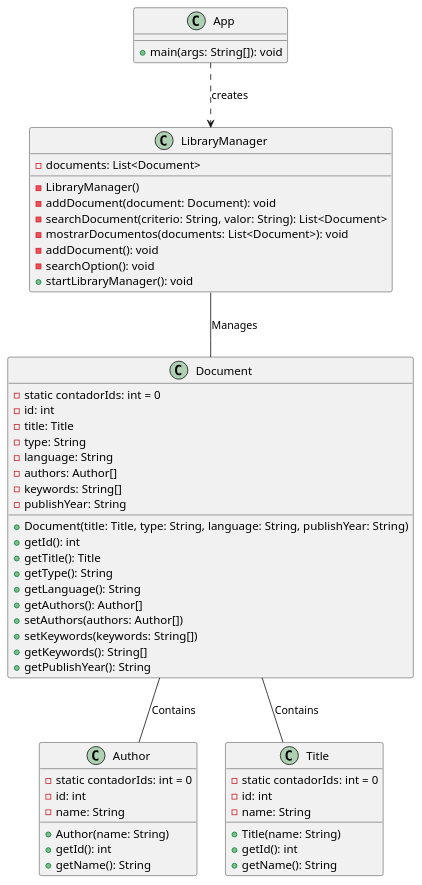
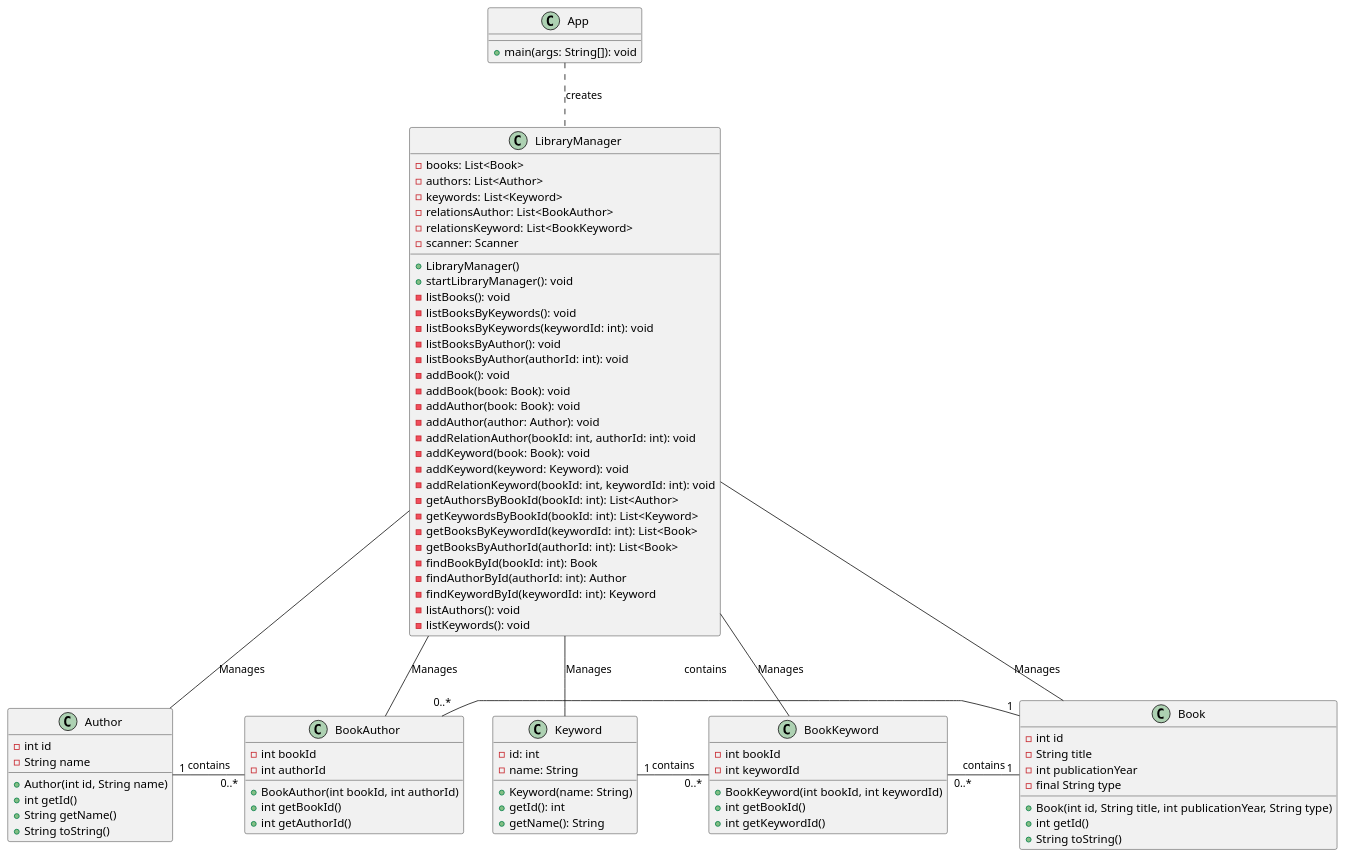
Before and after one commit to mmasias/23-24-eda2-ep: the diagram in entregas/saraPatino/parcial/src/modelo.puml, drawn with PlantUML. The commit also changed 1 other file, not shown here.

Commit message:
changes in plantuml

```diff
--- a/entregas/saraPatino/parcial/src/modelo.puml
+++ b/entregas/saraPatino/parcial/src/modelo.puml
@@ -1,64 +1,98 @@
 @startuml
-Document --  Author: Contains
-Document -- Title: Contains
-LibraryManager --  Document: Manages
-App ..> LibraryManager : creates
+LibraryManager --  Author: Manages
+LibraryManager -- Book: Manages
+LibraryManager --  Keyword: Manages
+LibraryManager --  BookKeyword: Manages
+LibraryManager --  BookAuthor: Manages
+App .. LibraryManager : creates
+Book "1" -l- "0..*" BookAuthor : contains
+Book "1" -l- "0..*" BookKeyword : contains
+Author "1" --r- "0..*" BookAuthor : contains
+Keyword"1" --r- "0..*" BookKeyword : contains
 
-class Title {
-        - static contadorIds: int = 0
+
+
+class Author {
+        -int id
+        -String name
+        +Author(int id, String name)
+        +int getId()
+        +String getName()
+        +String toString()
+    }
+
+class Keyword{
         - id: int
         - name: String
 
-        + Title(name: String)
+        + Keyword(name: String)
         + getId(): int
         + getName(): String
     }
 
-class Author {
-        - static contadorIds: int = 0
-        - id: int
-        - name: String
-
-        + Author(name: String)
-        + getId(): int
-        + getName(): String
+class BookAuthor {
+        -int bookId
+        -int authorId
+        +BookAuthor(int bookId, int authorId)
+        +int getBookId()
+        +int getAuthorId()
     }
 
-class Document {
-        - static contadorIds: int = 0
-        - id: int
-        - title: Title
-        - type: String
-        - language: String
-        - authors: Author[]
-        - keywords: String[]
-        - publishYear: String
-
-        + Document(title: Title, type: String, language: String, publishYear: String)
-        + getId(): int
-        + getTitle(): Title
-        + getType(): String
-        + getLanguage(): String
-        + getAuthors(): Author[]
-        + setAuthors(authors: Author[])
-        + setKeywords(keywords: String[])
-        + getKeywords(): String[]
-        + getPublishYear(): String
+class Book {
+        -int id
+        -String title
+        -int publicationYear
+        -final String type
+        +Book(int id, String title, int publicationYear, String type)
+        +int getId()
+        +String toString()
     }
 
+class BookKeyword {
+        -int bookId
+        -int keywordId
+        +BookKeyword(int bookId, int keywordId)
+        +int getBookId()
+        +int getKeywordId()
+    }
+
+
+
 class LibraryManager {
-        - documents: List<Document>
+        - books: List<Book>
+        - authors: List<Author>
+        - keywords: List<Keyword>
+        - relationsAuthor: List<BookAuthor>
+        - relationsKeyword: List<BookKeyword>
+        - scanner: Scanner
 
-        - LibraryManager()
-        - addDocument(document: Document): void
-        - searchDocument(criterio: String, valor: String): List<Document>
-        - mostrarDocumentos(documents: List<Document>): void
-        - addDocument(): void
-        - searchOption(): void
+        + LibraryManager()
         + startLibraryManager(): void
+        - listBooks(): void
+        - listBooksByKeywords(): void
+        - listBooksByKeywords(keywordId: int): void
+        - listBooksByAuthor(): void
+        - listBooksByAuthor(authorId: int): void
+        - addBook(): void
+        - addBook(book: Book): void
+        - addAuthor(book: Book): void
+        - addAuthor(author: Author): void
+        - addRelationAuthor(bookId: int, authorId: int): void
+        - addKeyword(book: Book): void
+        - addKeyword(keyword: Keyword): void
+        - addRelationKeyword(bookId: int, keywordId: int): void
+        - getAuthorsByBookId(bookId: int): List<Author>
+        - getKeywordsByBookId(bookId: int): List<Keyword>
+        - getBooksByKeywordId(keywordId: int): List<Book>
+        - getBooksByAuthorId(authorId: int): List<Book>
+        - findBookById(bookId: int): Book
+        - findAuthorById(authorId: int): Author
+        - findKeywordById(keywordId: int): Keyword
+        - listAuthors(): void
+        - listKeywords(): void
     }
 
 class App {
         + main(args: String[]): void
     }
 @enduml
```
